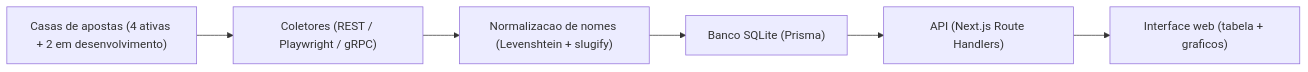
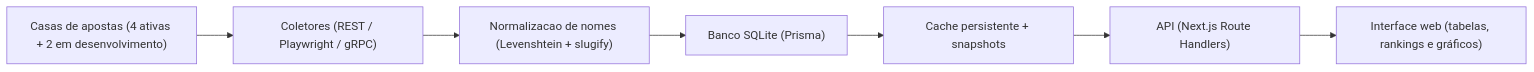
Before and after one commit to luanfca/Copa-Odds: the diagram in README.md, drawn with Mermaid. The commit also changed other lines of this file and 244 other files, not shown here.

````diff
--- a/README.md
+++ b/README.md
@@ -41,8 +47,9 @@
 ```mermaid
 flowchart LR
     A["Casas de apostas (4 ativas + 2 em desenvolvimento)"] --> B["Coletores (REST / Playwright / gRPC)"]
     B --> C["Normalizacao de nomes (Levenshtein + slugify)"]
     C --> D["Banco SQLite (Prisma)"]
-    D --> E["API (Next.js Route Handlers)"]
-    E --> F["Interface web (tabela + graficos)"]
+    D --> E["Cache persistente + snapshots"]
+    E --> F["API (Next.js Route Handlers)"]
+    F --> G["Interface web (tabelas, rankings e gráficos)"]
 ```
````
